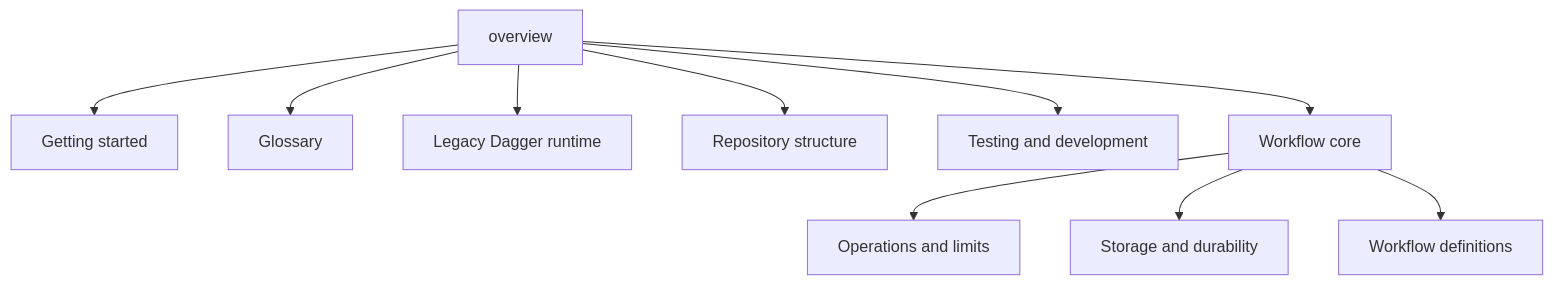
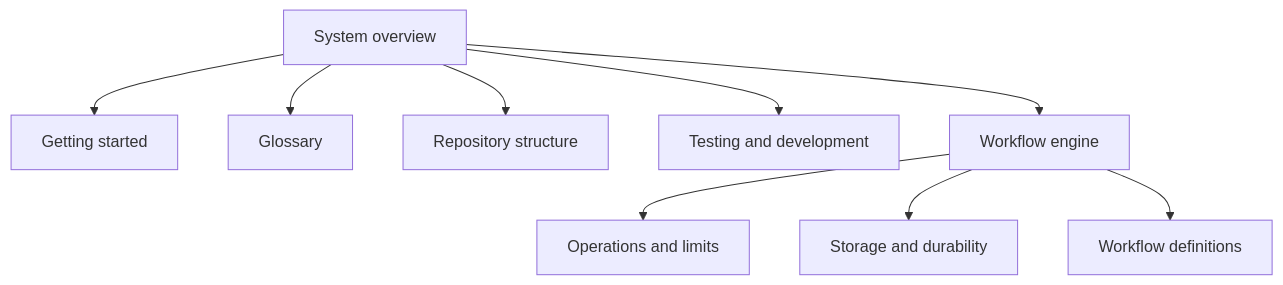
One commit to srv1n/dagger changed the diagram in docs/system/00-overview.md. Above: the diagram before and after it, drawn with Mermaid. The commit also changed other lines of this file and 124 other files, not shown here.

````diff
--- a/docs/system/00-overview.md
+++ b/docs/system/00-overview.md
@@ -78,22 +61,20 @@
 ```mermaid
 graph TD
   n_Getting_started["Getting started"]
   n_Glossary["Glossary"]
-  n_Legacy_Dagger_runtime["Legacy Dagger runtime"]
   n_Operations_and_limits["Operations and limits"]
   n_Repository_structure["Repository structure"]
   n_Storage_and_durability["Storage and durability"]
+  n_System_overview["System overview"]
   n_Testing_and_development["Testing and development"]
-  n_Workflow_core["Workflow core"]
   n_Workflow_definitions["Workflow definitions"]
-  n_overview["overview"]
-  n_overview --> n_Getting_started
-  n_overview --> n_Glossary
-  n_overview --> n_Legacy_Dagger_runtime
-  n_Workflow_core --> n_Operations_and_limits
-  n_overview --> n_Repository_structure
-  n_Workflow_core --> n_Storage_and_durability
-  n_overview --> n_Testing_and_development
-  n_overview --> n_Workflow_core
-  n_Workflow_core --> n_Workflow_definitions
+  n_Workflow_engine["Workflow engine"]
+  n_System_overview --> n_Getting_started
+  n_System_overview --> n_Glossary
+  n_Workflow_engine --> n_Operations_and_limits
+  n_System_overview --> n_Repository_structure
+  n_Workflow_engine --> n_Storage_and_durability
+  n_System_overview --> n_Testing_and_development
+  n_Workflow_engine --> n_Workflow_definitions
+  n_System_overview --> n_Workflow_engine
 ```
````
